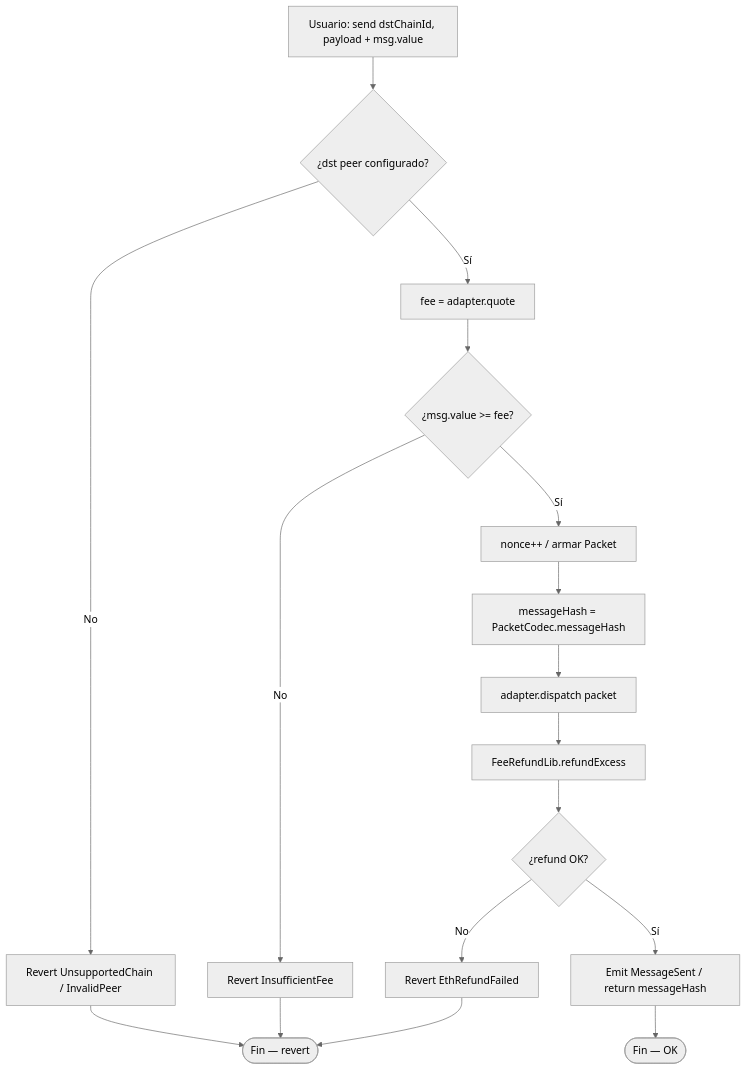
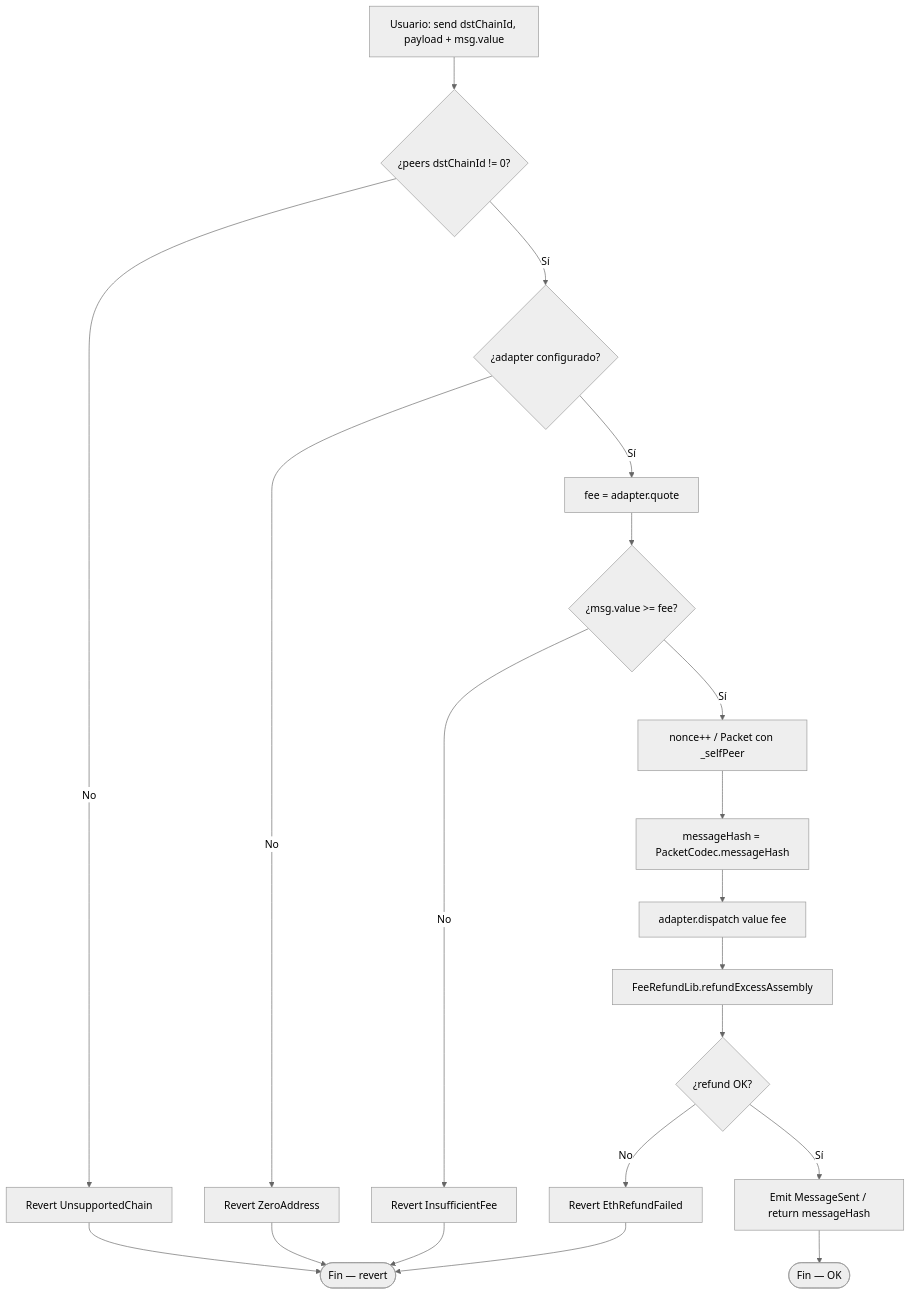
One commit to rastrahm/crosschain-messaging changed the first of 7 diagrams in doc/diagrama-de-flujo.md. Above: the diagram before and after it, drawn with Mermaid (neutral theme). The commit also changed other lines of this file and 7 other files, not shown here.

````diff
--- a/doc/diagrama-de-flujo.md
+++ b/doc/diagrama-de-flujo.md
@@ -7,19 +7,22 @@
 ```mermaid
 flowchart TD
-    A[Usuario: send dstChainId, payload + msg.value] --> B{¿dst peer configurado?}
-    B -->|No| Z1[Revert UnsupportedChain / InvalidPeer]
-    B -->|Sí| C[fee = adapter.quote]
-    C --> D{¿msg.value >= fee?}
-    D -->|No| Z2[Revert InsufficientFee]
-    D -->|Sí| E[nonce++ / armar Packet]
-    E --> F[messageHash = PacketCodec.messageHash]
-    F --> G[adapter.dispatch packet]
-    G --> H[FeeRefundLib.refundExcess]
-    H --> I{¿refund OK?}
-    I -->|No| Z3[Revert EthRefundFailed]
-    I -->|Sí| J[Emit MessageSent / return messageHash]
-    Z1 --> End([Fin — revert])
+    A[Usuario: send dstChainId, payload + msg.value] --> B{¿peers dstChainId != 0?}
+    B -->|No| Z1[Revert UnsupportedChain]
+    B -->|Sí| C{¿adapter configurado?}
+    C -->|No| Z0[Revert ZeroAddress]
+    C -->|Sí| D[fee = adapter.quote]
+    D --> E{¿msg.value >= fee?}
+    E -->|No| Z2[Revert InsufficientFee]
+    E -->|Sí| F[nonce++ / Packet con _selfPeer]
+    F --> G[messageHash = PacketCodec.messageHash]
+    G --> H[adapter.dispatch value fee]
+    H --> I[FeeRefundLib.refundExcessAssembly]
+    I --> J{¿refund OK?}
+    J -->|No| Z3[Revert EthRefundFailed]
+    J -->|Sí| K[Emit MessageSent / return messageHash]
+    Z0 --> End([Fin — revert])
+    Z1 --> End
     Z2 --> End
     Z3 --> End
-    J --> Ok([Fin — OK])
+    K --> Ok([Fin — OK])
 ```
````
